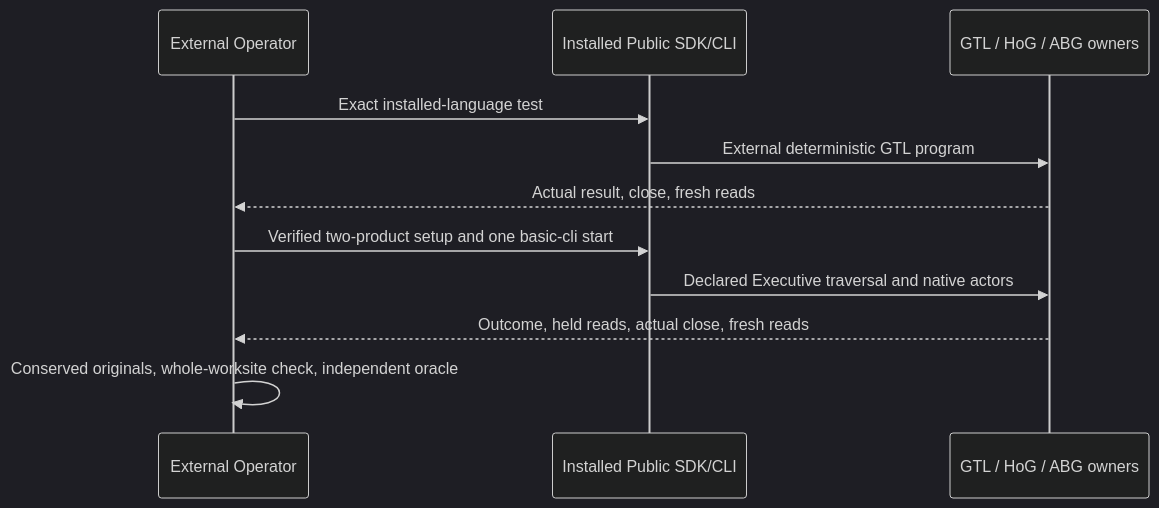
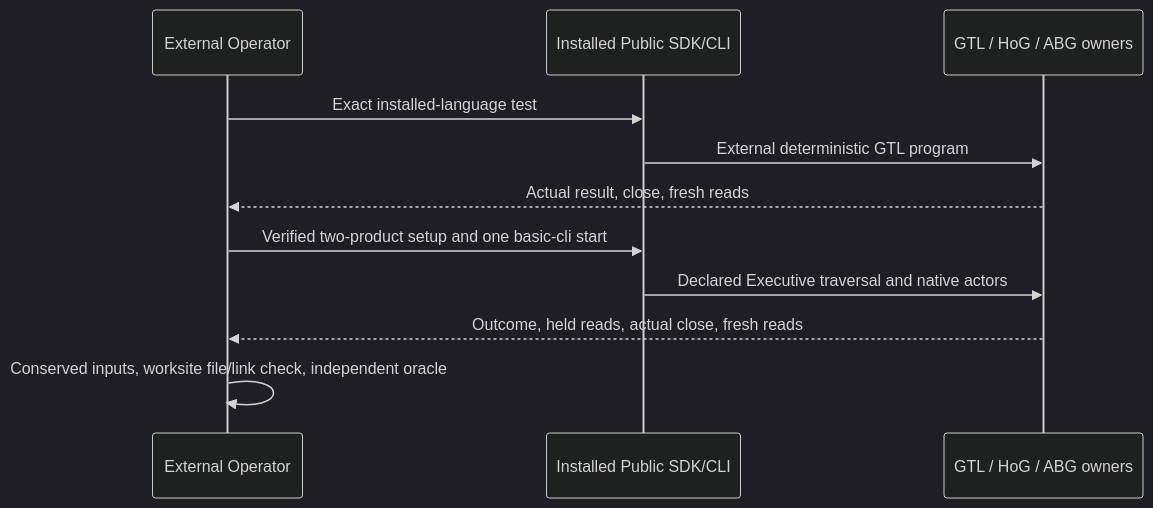
One commit to foolishimp/abiogenesis changed the diagram in .ai-workspace/work/T287_RELEASE_RESUMPTION_01/rc14-release-gap-01/integration-01/installed-smoke-preparation-01/README.md. Above: the diagram before and after it, drawn with Mermaid (dark theme). The commit also changed other lines of this file and 9 other files, not shown here.

````diff
--- a/.ai-workspace/work/T287_RELEASE_RESUMPTION_01/rc14-release-gap-01/integration-01/installed-smoke-preparation-01/README.md
+++ b/.ai-workspace/work/T287_RELEASE_RESUMPTION_01/rc14-release-gap-01/integration-01/installed-smoke-preparation-01/README.md
@@ -16,13 +20,13 @@
 ```mermaid
 sequenceDiagram
   participant O as External Operator
   participant P as Installed Public SDK/CLI
   participant R as GTL / HoG / ABG owners
   O->>P: Exact installed-language test
   P->>R: External deterministic GTL program
   R-->>O: Actual result, close, fresh reads
   O->>P: Verified two-product setup and one basic-cli start
   P->>R: Declared Executive traversal and native actors
   R-->>O: Outcome, held reads, actual close, fresh reads
-  O->>O: Conserved originals, whole-worksite check, independent oracle
+  O->>O: Conserved inputs, worksite file/link check, independent oracle
 ```
````
